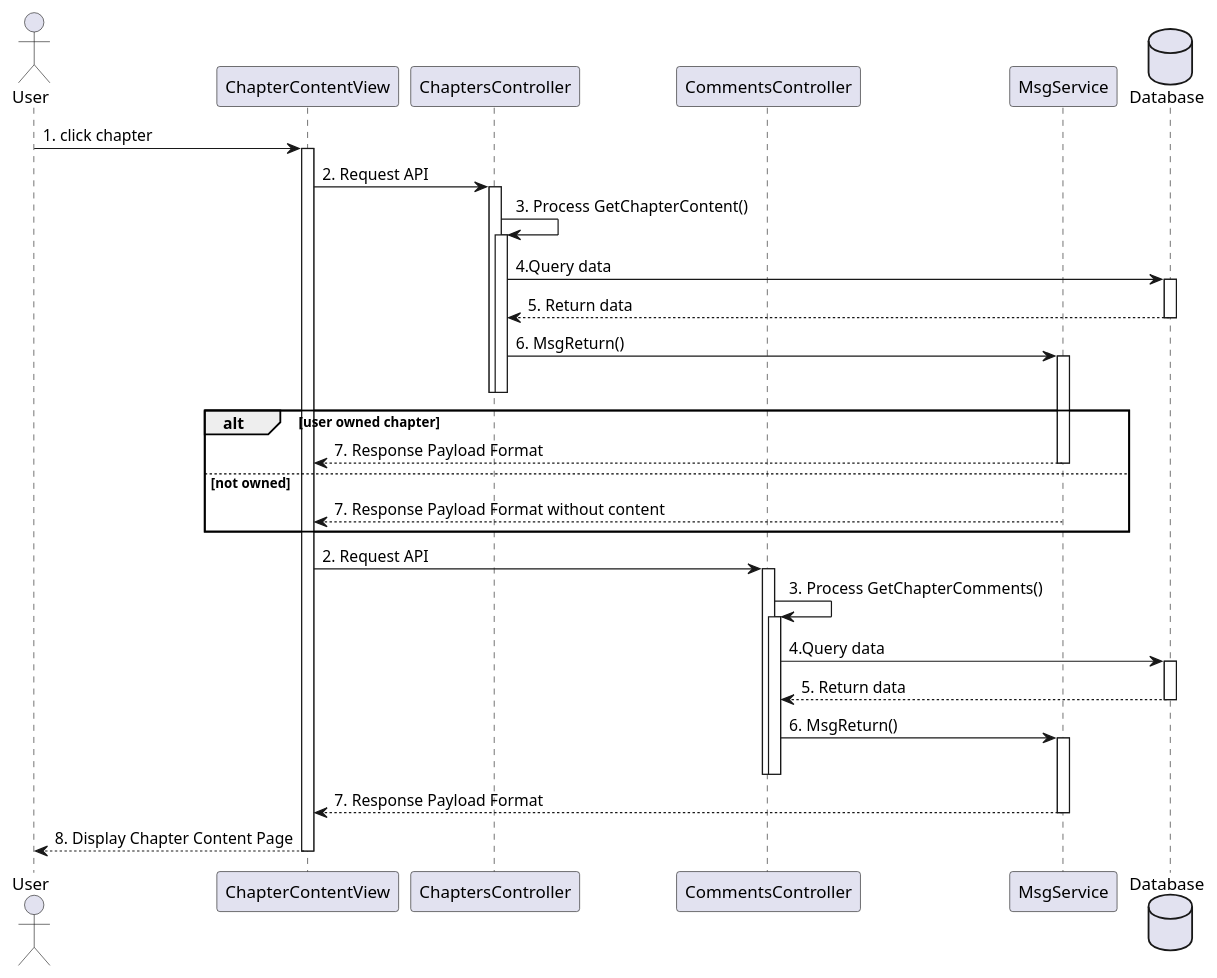
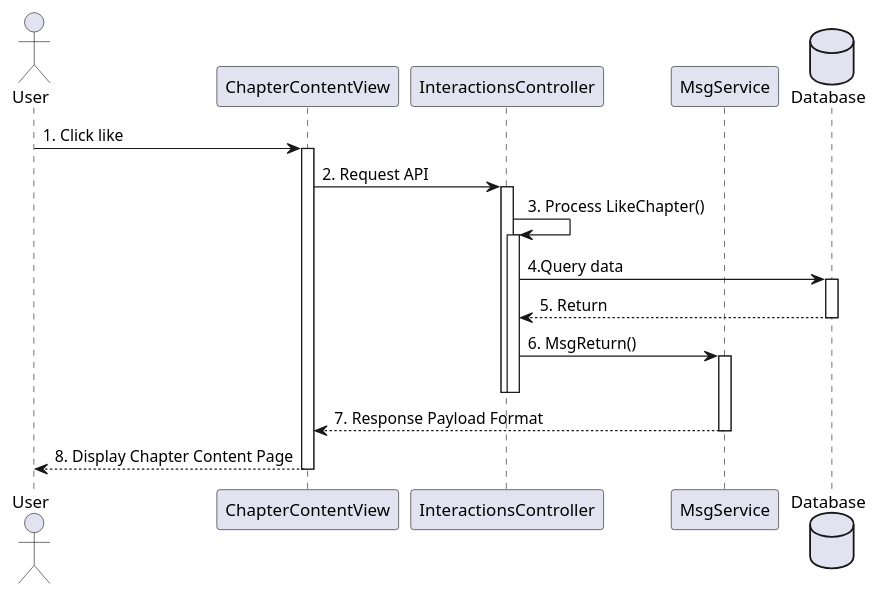
The diagram in sequence/2.7.2.puml (baspdd/desktop-tutorial), drawn with PlantUML before and after one commit. The commit also changed 59 other files, not shown here.

```diff
--- a/sequence/2.7.2.puml
+++ b/sequence/2.7.2.puml
@@ -1,31 +1,17 @@
 @startuml
 actor       User       as user
 participant ChapterContentView as view
-participant ChaptersController as chapter
-participant CommentsController as comment
+participant InteractionsController as interact
 participant MsgService as msgService
 database    Database as db
 
-user -> view ++: 1. click chapter
-view -> chapter ++ : 2. Request API
-chapter -> chapter ++ : 3. Process GetChapterContent()
-chapter -> db ++ : 4.Query data
-db --> chapter -- : 5. Return data
-chapter -> msgService ++-- : 6. MsgReturn()
-deactivate chapter
-alt user owned chapter
-    msgService --> view -- : 7. Response Payload Format
-else not owned
-    msgService --> view -- : 7. Response Payload Format without content
-end
-
-view -> comment ++ : 2. Request API
-comment -> comment ++ : 3. Process GetChapterComments()
-comment -> db ++ : 4.Query data
-db --> comment -- : 5. Return data
-comment -> msgService ++-- : 6. MsgReturn()
-deactivate comment
+user -> view ++: 1. Click like
+view -> interact ++ : 2. Request API
+interact -> interact ++ : 3. Process LikeChapter()
+interact -> db ++ : 4.Query data
+db --> interact -- : 5. Return
+interact -> msgService ++-- : 6. MsgReturn()
+deactivate interact
 msgService --> view -- : 7. Response Payload Format
-
 view --> user -- : 8. Display Chapter Content Page
 @enduml
```
